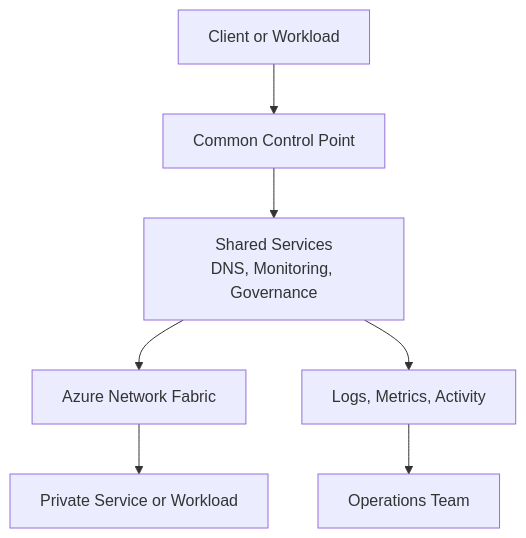
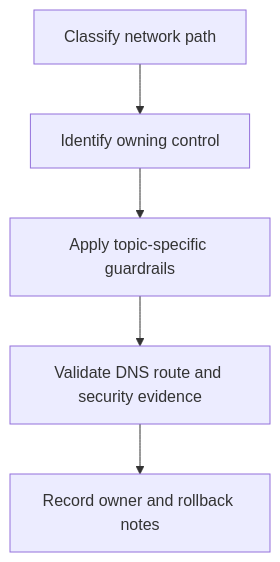
One commit to yeongseon/azure-networking-practical-guide changed the diagram in docs/best-practices/common-anti-patterns.md. Above: the diagram before and after it, drawn with Mermaid. The commit also changed other lines of this file and 80 other files, not shown here.

````diff
--- a/docs/best-practices/common-anti-patterns.md
+++ b/docs/best-practices/common-anti-patterns.md
@@ -27,10 +36,7 @@
 ```mermaid
 flowchart TD
-                Source[Client or Workload] --> Control[Common Control Point]
-                Control --> Shared[Shared Services
-DNS, Monitoring, Governance]
-                Shared --> Azure[Azure Network Fabric]
-                Azure --> Target[Private Service or Workload]
-                Shared --> Logs[Logs, Metrics, Activity]
-                Logs --> Ops[Operations Team]
+    A[Classify network path] --> B[Identify owning control]
+    B --> C[Apply topic-specific guardrails]
+    C --> D[Validate DNS route and security evidence]
+    D --> E[Record owner and rollback notes]
 ```
````
